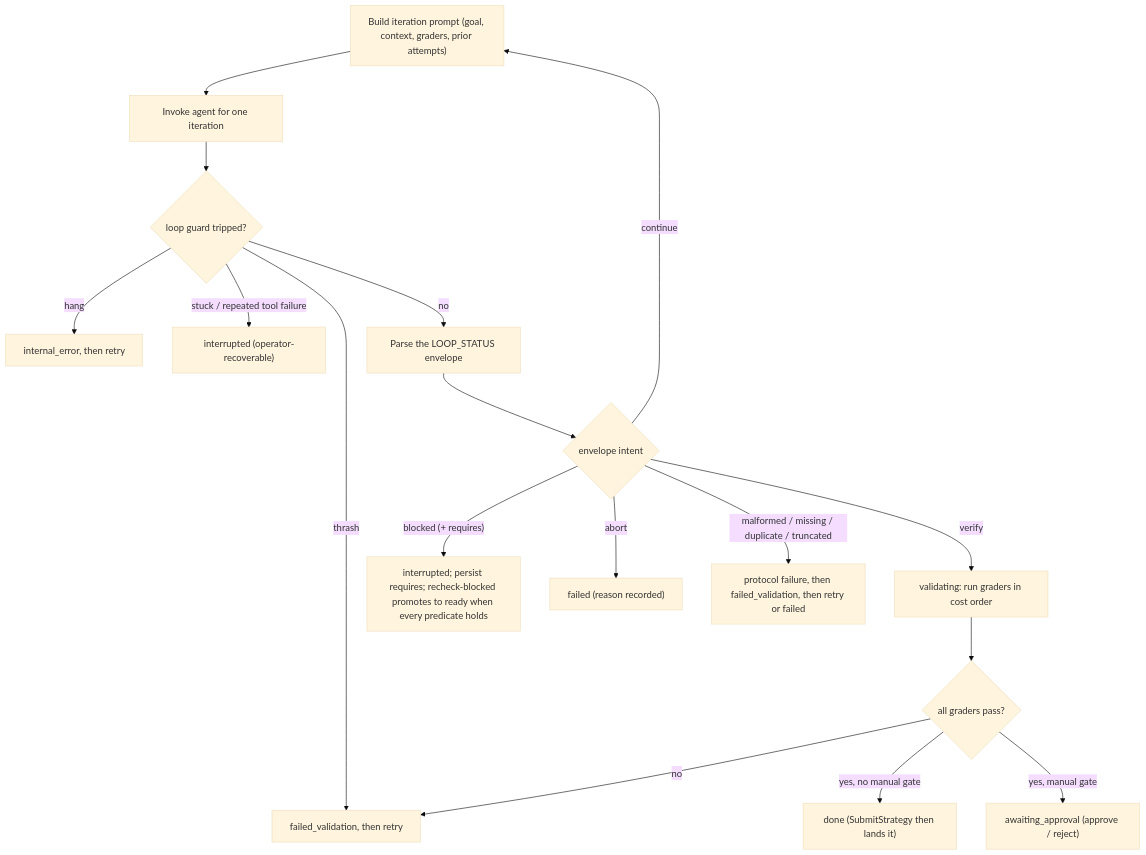
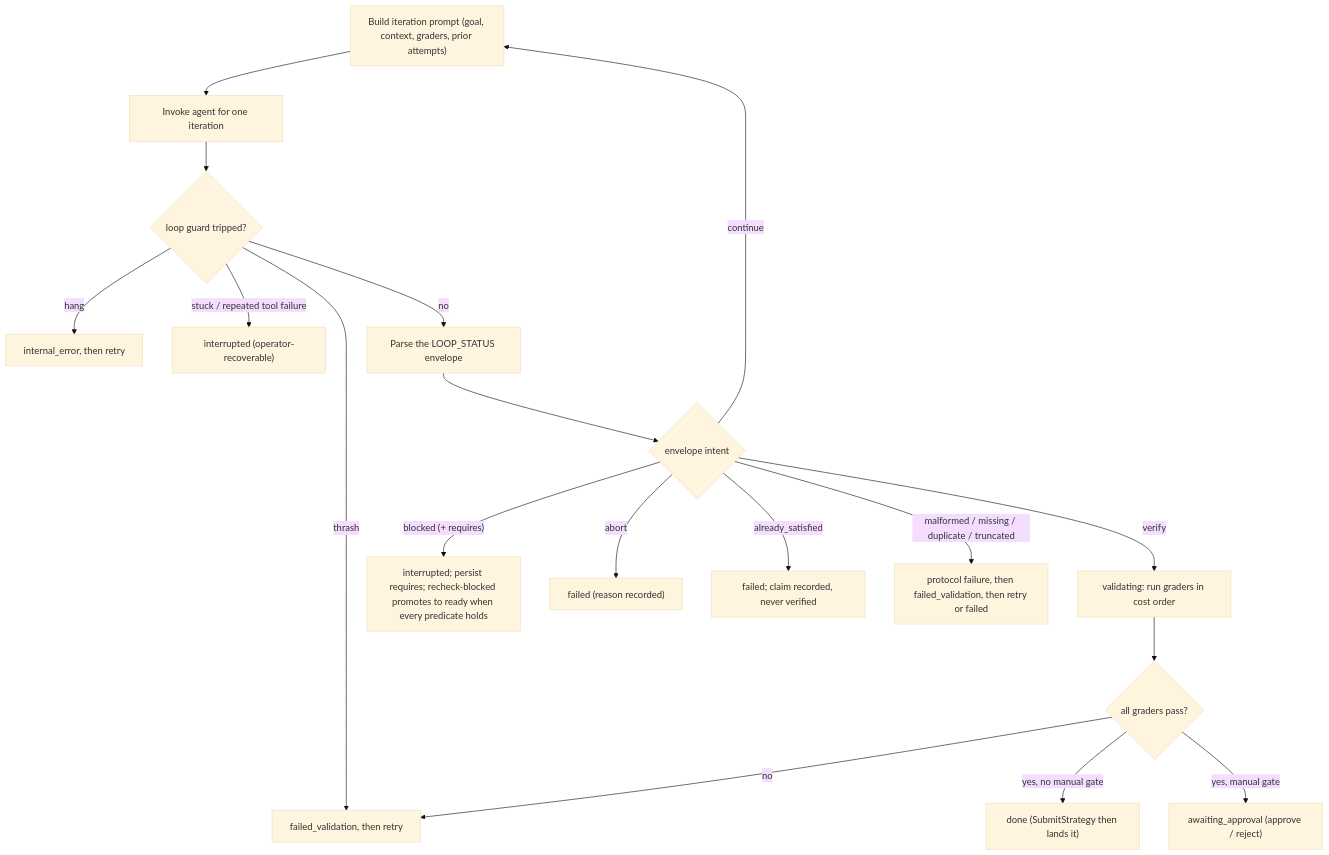
Before and after one commit to johnayoung/flywheel: the diagram in docs/loop.md, drawn with Mermaid (base theme). The commit also changed other lines of this file and 8 other files, not shown here.

````diff
--- a/docs/loop.md
+++ b/docs/loop.md
@@ -20,19 +20,20 @@
 ```mermaid
 flowchart TD
     P["Build iteration prompt (goal, context, graders, prior attempts)"] --> A["Invoke agent for one iteration"]
     A --> G{"loop guard tripped?"}
     G -->|hang| IE["internal_error, then retry"]
     G -->|thrash| FV["failed_validation, then retry"]
     G -->|"stuck / repeated tool failure"| INT["interrupted (operator-recoverable)"]
     G -->|no| E["Parse the LOOP_STATUS envelope"]
     E --> K{"envelope intent"}
     K -->|continue| P
     K -->|verify| VAL["validating: run graders in cost order"]
     VAL --> VP{"all graders pass?"}
     VP -->|"yes, no manual gate"| DONE["done (SubmitStrategy then lands it)"]
     VP -->|"yes, manual gate"| AA["awaiting_approval (approve / reject)"]
     VP -->|no| FV
     K -->|"blocked (+ requires)"| INT2["interrupted; persist requires; recheck-blocked promotes to ready when every predicate holds"]
     K -->|abort| FAIL["failed (reason recorded)"]
+    K -->|already_satisfied| FAIL2["failed; claim recorded, never verified"]
     K -->|"malformed / missing / duplicate / truncated"| FV2["protocol failure, then failed_validation, then retry or failed"]
 ```
````
